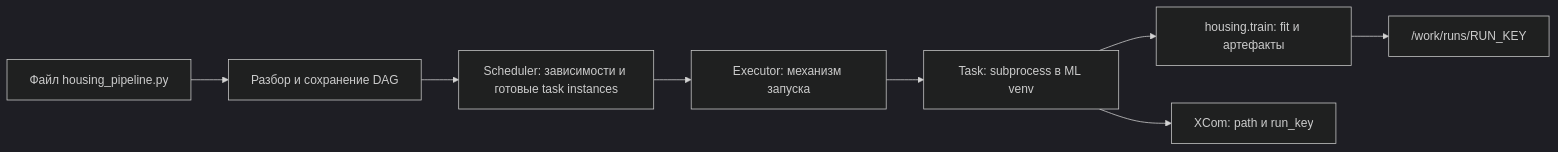
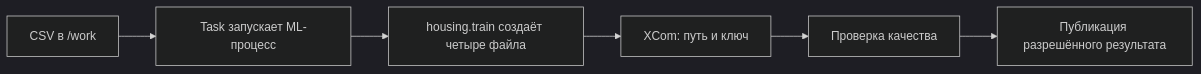
Before and after one commit to Karambollla/MLops-course: the diagram in modules/05-airflow/README.md, drawn with Mermaid (dark theme). The commit also changed other lines of this file and 69 other files, not shown here.

````diff
--- a/modules/05-airflow/README.md
+++ b/modules/05-airflow/README.md
@@ -135,10 +65,8 @@
 ```mermaid
 flowchart LR
-    F["Файл housing_pipeline.py"] --> D["Разбор и сохранение DAG"]
-    D --> S["Scheduler: зависимости и готовые task instances"]
-    S --> E["Executor: механизм запуска"]
-    E --> T["Task: subprocess в ML venv"]
-    T --> M["housing.train: fit и артефакты"]
-    M --> W["/work/runs/RUN_KEY"]
-    T --> X["XCom: path и run_key"]
+    C[CSV в /work] --> T[Task запускает ML-процесс]
+    T --> F[housing.train создаёт четыре файла]
+    F --> X[XCom: путь и ключ]
+    X --> G[Проверка качества]
+    G --> P[Публикация разрешённого результата]
 ```
````
